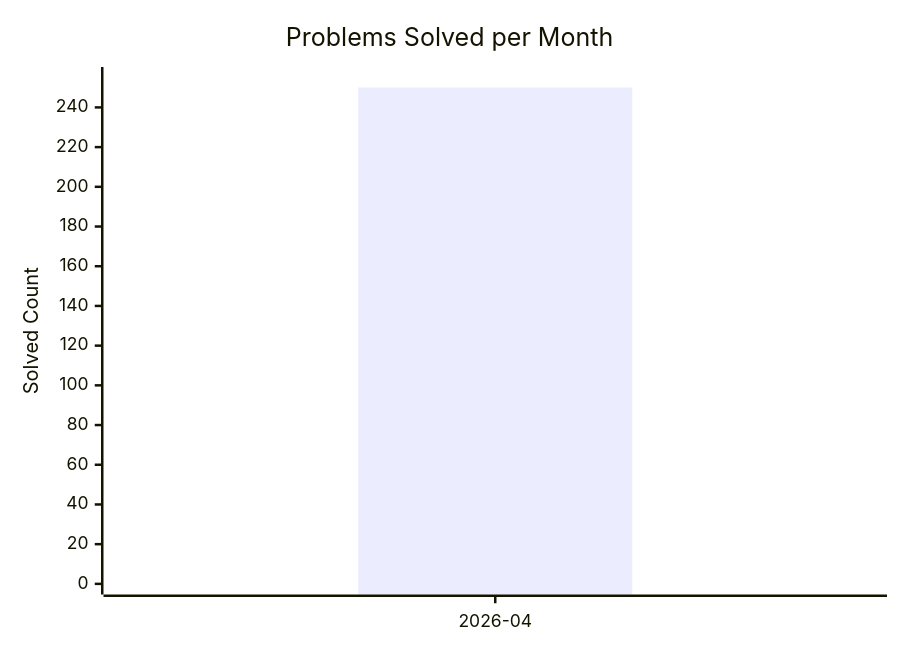
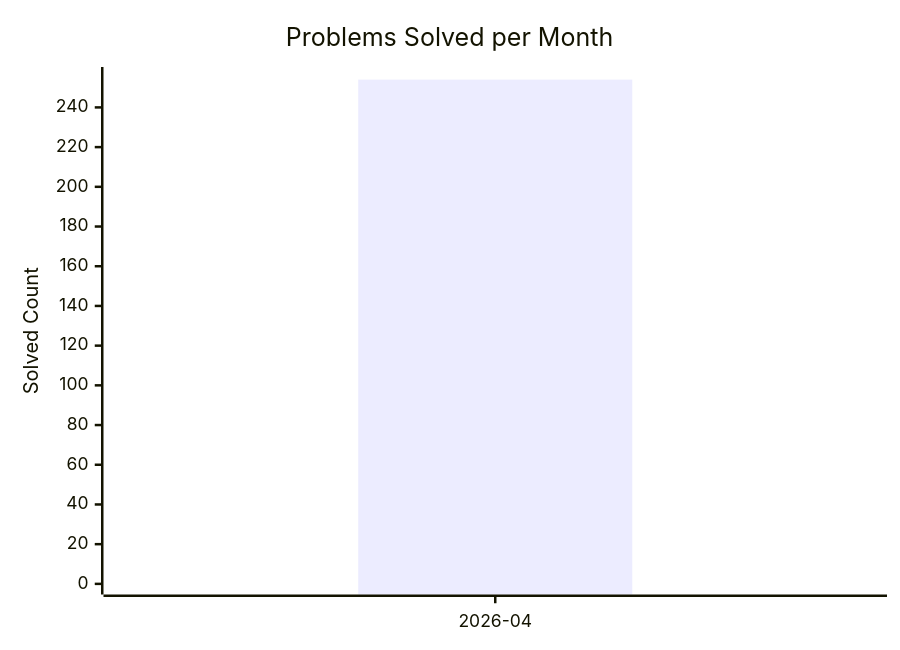
One commit to AdityaPandey-DEV/CP-Progress-Sync changed the diagram in dashboard.md. Above: the diagram before and after it, drawn with Mermaid. The commit also changed other lines of this file, not shown here.

````diff
--- a/dashboard.md
+++ b/dashboard.md
@@ -8,8 +8,8 @@
 ```mermaid
 xychart-beta
     title "Problems Solved per Month"
     x-axis ["2026-04"]
     y-axis "Solved Count" 0 --> 255
-    bar [250]
-    line [250]
+    bar [254]
+    line [254]
 ```
````
